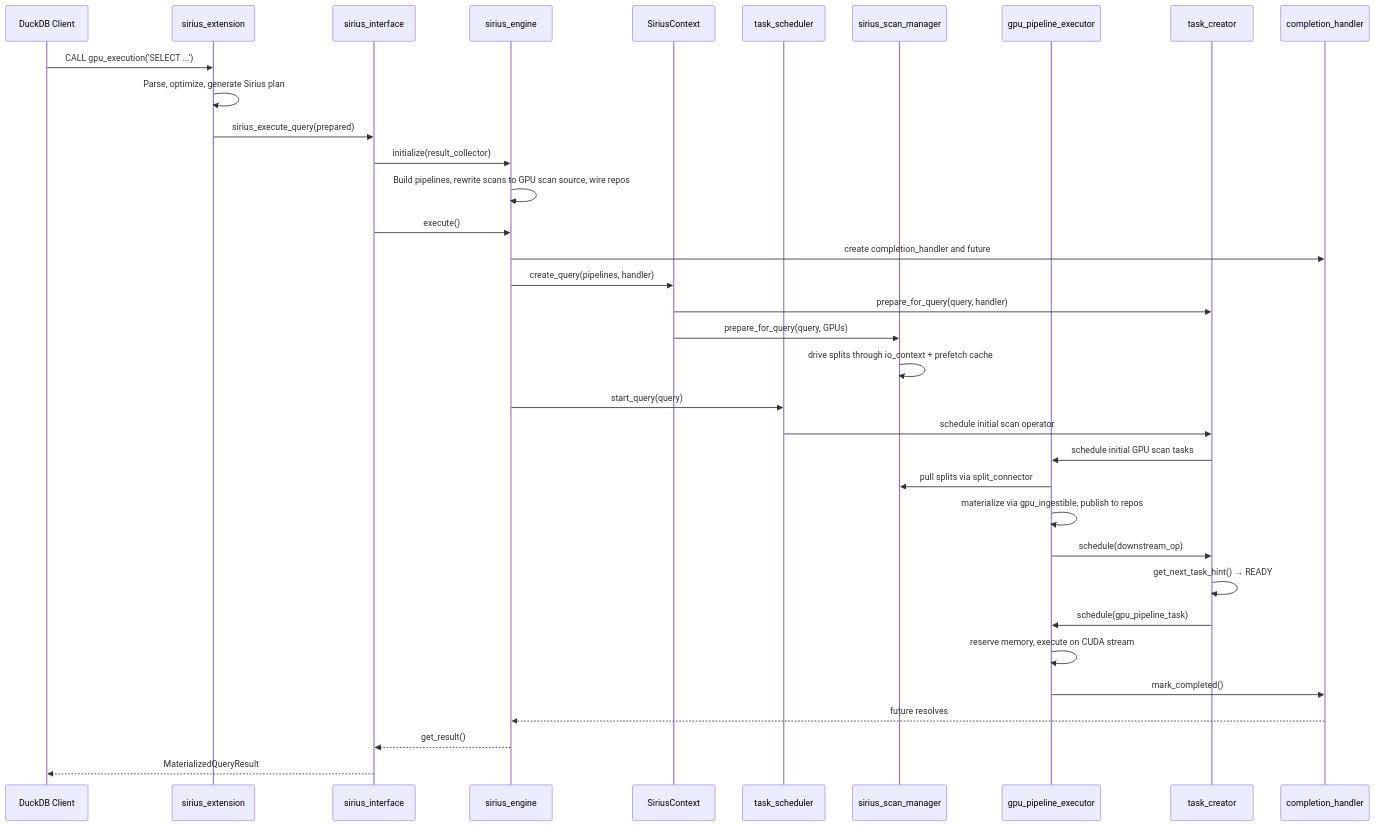
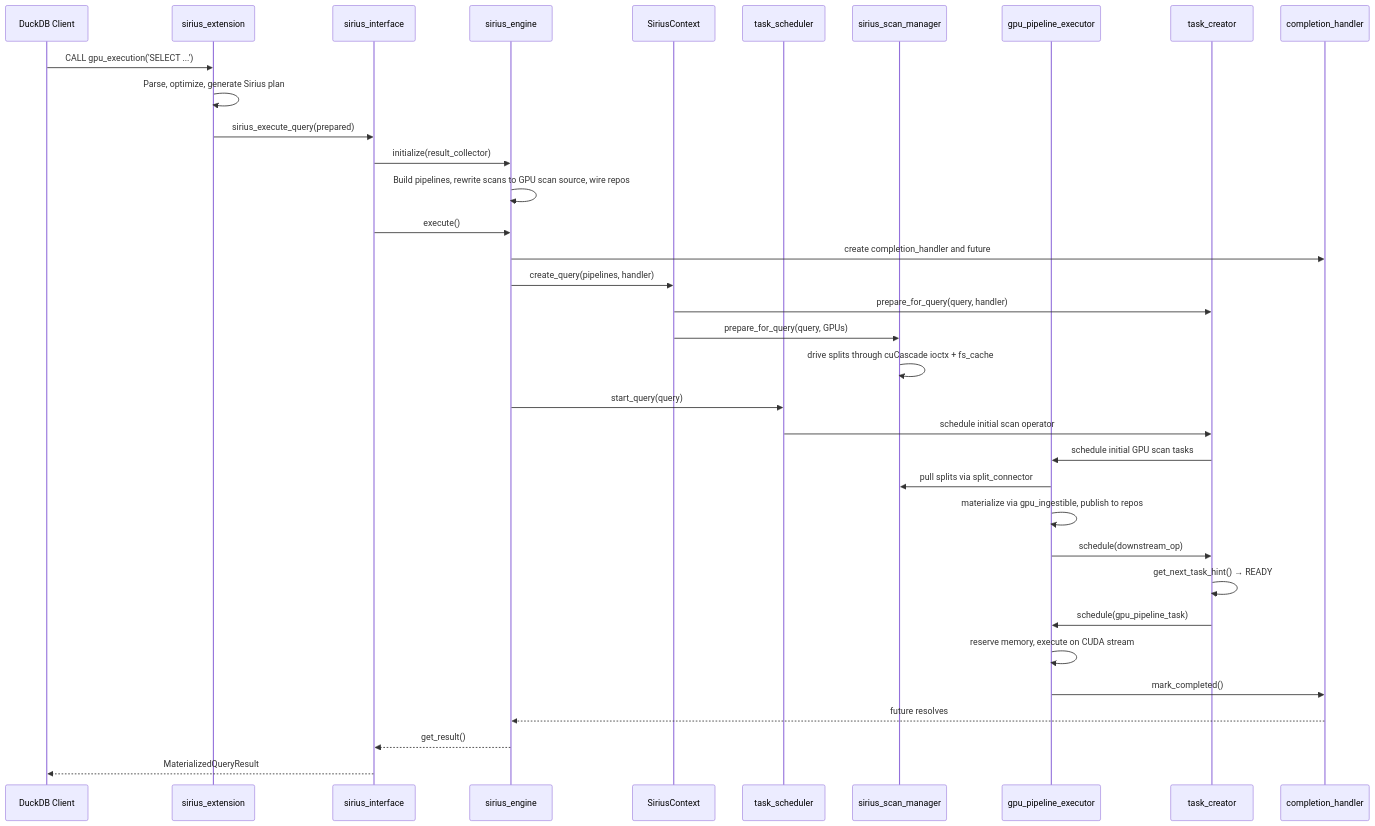
One commit to sirius-db/sirius changed the diagram in docs/super-sirius/execution-flow.md. Above: the diagram before and after it, drawn with Mermaid. The commit also changed other lines of this file and 10 other files, not shown here.

````diff
--- a/docs/super-sirius/execution-flow.md
+++ b/docs/super-sirius/execution-flow.md
@@ -200,38 +200,38 @@
 ```mermaid
 sequenceDiagram
     participant User as DuckDB Client
     participant Ext as sirius_extension
     participant Iface as sirius_interface
     participant Engine as sirius_engine
     participant Context as SiriusContext
     participant PE as task_scheduler
     participant SM as sirius_scan_manager
     participant GPE as gpu_pipeline_executor
     participant TC as task_creator
     participant CH as completion_handler
 
     User->>Ext: CALL gpu_execution('SELECT ...')
     Ext->>Ext: Parse, optimize, generate Sirius plan
     Ext->>Iface: sirius_execute_query(prepared)
     Iface->>Engine: initialize(result_collector)
     Engine->>Engine: Build pipelines, rewrite scans to GPU scan source, wire repos
     Iface->>Engine: execute()
     Engine->>CH: create completion_handler and future
     Engine->>Context: create_query(pipelines, handler)
     Context->>TC: prepare_for_query(query, handler)
     Context->>SM: prepare_for_query(query, GPUs)
-    SM->>SM: drive splits through io_context + prefetch cache
+    SM->>SM: drive splits through cuCascade ioctx + fs_cache
     Engine->>PE: start_query(query)
     PE->>TC: schedule initial scan operator
     TC->>GPE: schedule initial GPU scan tasks
     GPE->>SM: pull splits via split_connector
     GPE->>GPE: materialize via gpu_ingestible, publish to repos
     GPE->>TC: schedule(downstream_op)
     TC->>TC: get_next_task_hint() → READY
     TC->>GPE: schedule(gpu_pipeline_task)
     GPE->>GPE: reserve memory, execute on CUDA stream
     GPE->>CH: mark_completed()
     CH-->>Engine: future resolves
     Engine-->>Iface: get_result()
     Iface-->>User: MaterializedQueryResult
 ```
````
